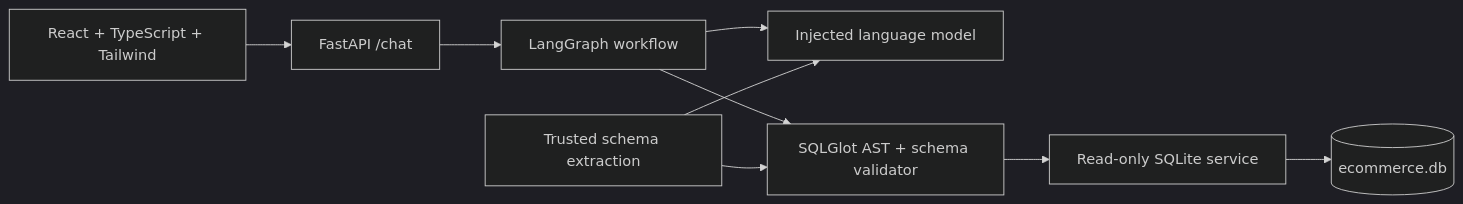
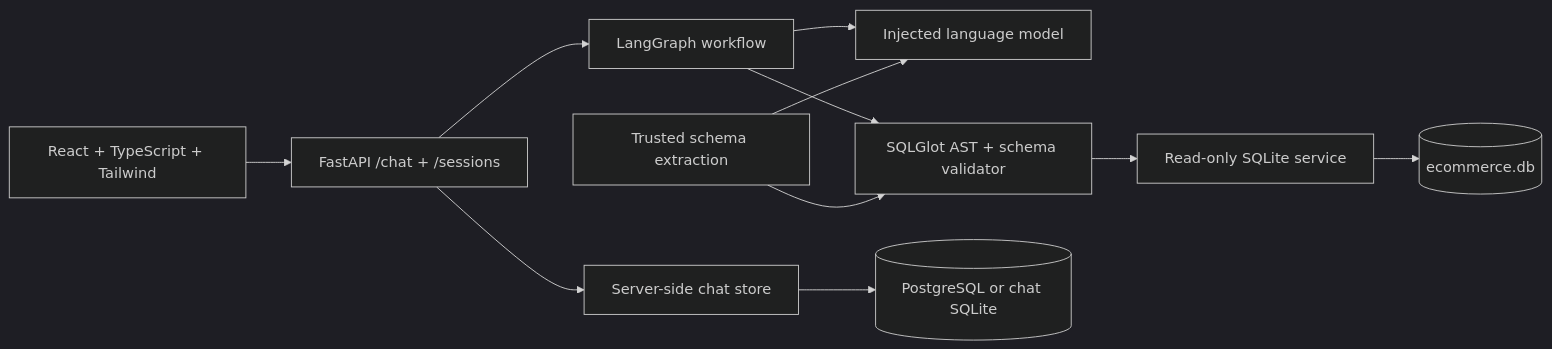
Before and after one commit to Mainamanhoon/SQL-Query-AI-Agent: the first of 2 diagrams in README.md, drawn with Mermaid (dark theme). The commit also changed other lines of this file and 20 other files, not shown here.

Commit message:
Persist sessions on the server

````diff
--- a/README.md
+++ b/README.md
@@ -81,11 +87,13 @@
 ```mermaid
 flowchart LR
-    UI[React + TypeScript + Tailwind] --> API[FastAPI /chat]
+    UI[React + TypeScript + Tailwind] --> API[FastAPI /chat + /sessions]
     API --> G[LangGraph workflow]
     G --> M[Injected language model]
     G --> V[SQLGlot AST + schema validator]
     V --> DB[Read-only SQLite service]
     DB --> DATA[(ecommerce.db)]
+    API --> CS[Server-side chat store]
+    CS --> CHAT[(PostgreSQL or chat SQLite)]
     S[Trusted schema extraction] --> V
     S --> M
 ```
````
